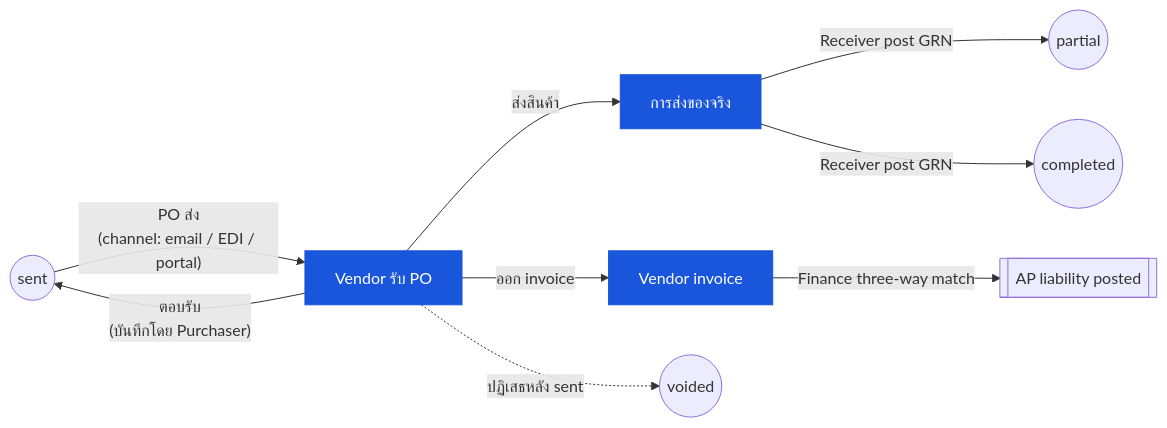
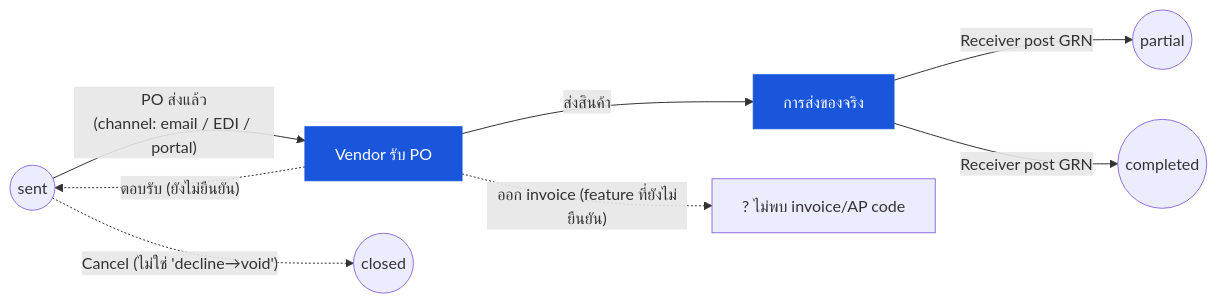
One commit to CarmenSoftware-organization/carmen-wiki changed the diagram in th/inventory/purchase-order/03-user-flow-vendor.md. Above: the diagram before and after it, drawn with Mermaid. The commit also changed other lines of this file and 38 other files, not shown here.

````diff
--- a/th/inventory/purchase-order/03-user-flow-vendor.md
+++ b/th/inventory/purchase-order/03-user-flow-vendor.md
@@ -23,12 +23,11 @@
 ```mermaid
 graph LR
-    sent(("sent")) -->|"PO ส่ง<br/>(channel: email / EDI / portal)"| vendor["Vendor รับ PO"]:::current
-    vendor -->|"ตอบรับ<br/>(บันทึกโดย Purchaser)"| sent
+    sent(("sent")) -->|"PO ส่งแล้ว<br/>(channel: email / EDI / portal)"| vendor["Vendor รับ PO"]:::current
+    vendor -.->|"ตอบรับ (ยังไม่ยืนยัน)"| sent
     vendor -->|"ส่งสินค้า"| recv["การส่งของจริง"]:::current
     recv -->|"Receiver post GRN"| partial(("partial"))
     recv -->|"Receiver post GRN"| completed(("completed"))
-    vendor -->|"ออก invoice"| inv["Vendor invoice"]:::current
-    inv -->|"Finance three-way match"| ap[["AP liability posted"]]
-    vendor -.->|"ปฏิเสธหลัง sent"| voided(("voided"))
+    vendor -.->|"ออก invoice (feature ที่ยังไม่ยืนยัน)"| inv["? ไม่พบ invoice/AP code"]
+    sent -.->|"Cancel (ไม่ใช่ 'decline→void')"| closed(("closed"))
     classDef current fill:#1a56db,color:#fff,stroke:#1a56db;
 ```
````
